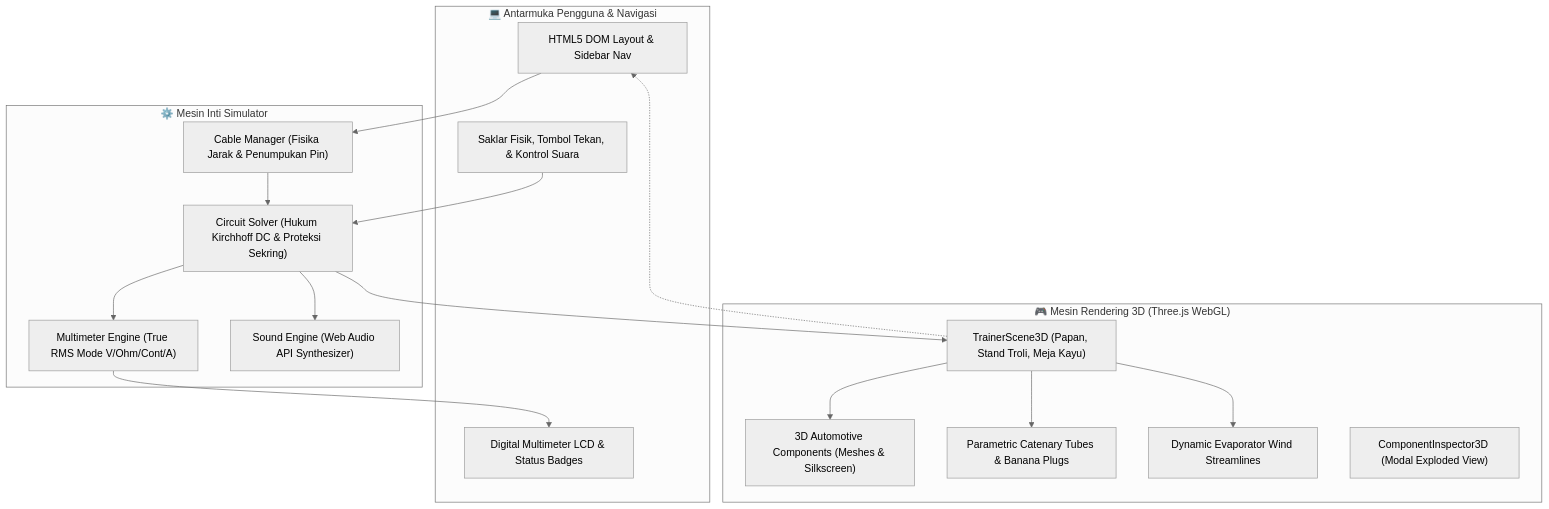
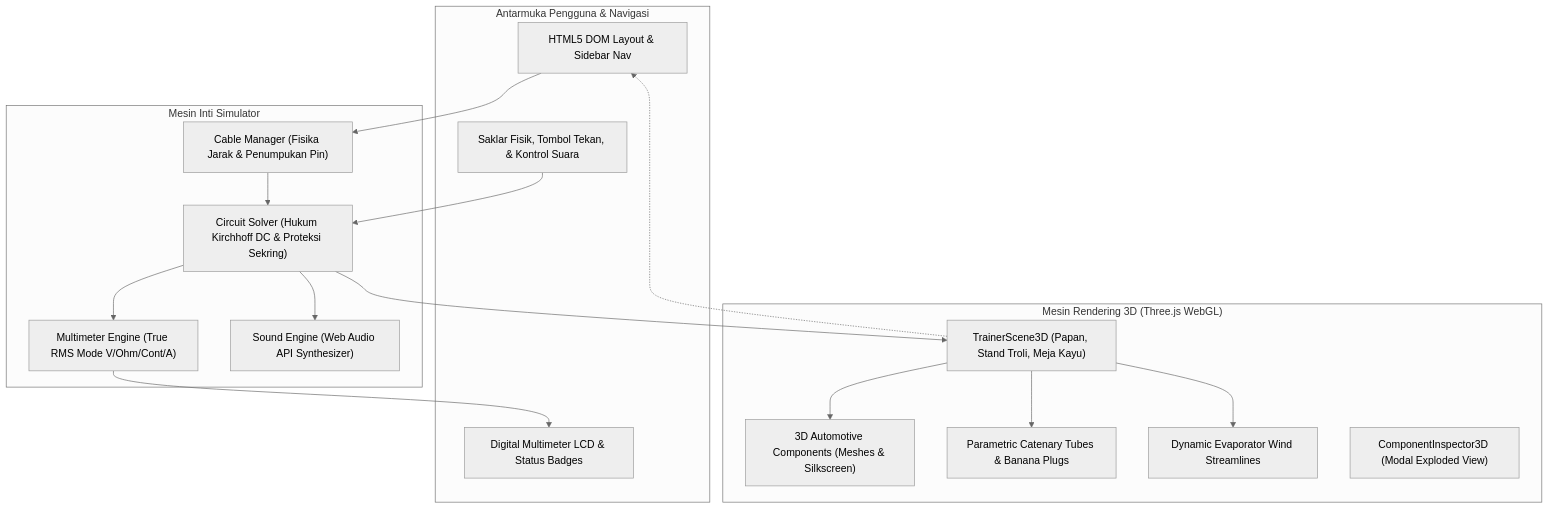
The diagram in README.md (maulana-mash/Wiroto-Labs), drawn with Mermaid (neutral theme) before and after one commit. The commit also changed other lines of this file, not shown here.

````diff
--- a/README.md
+++ b/README.md
@@ -78,35 +78,35 @@
 ```mermaid
 graph TD
-    subgraph UI ["💻 Antarmuka Pengguna & Navigasi"]
+    subgraph UI ["Antarmuka Pengguna & Navigasi"]
         DOM["HTML5 DOM Layout & Sidebar Nav"]
         HUD["Digital Multimeter LCD & Status Badges"]
         Ctrl["Saklar Fisik, Tombol Tekan, & Kontrol Suara"]
     end
 
-    subgraph CoreEngine ["⚙️ Mesin Inti Simulator"]
+    subgraph CoreEngine ["Mesin Inti Simulator"]
         CM["Cable Manager (Fisika Jarak & Penumpukan Pin)"]
         CS["Circuit Solver (Hukum Kirchhoff DC & Proteksi Sekring)"]
         ME["Multimeter Engine (True RMS Mode V/Ohm/Cont/A)"]
         SE["Sound Engine (Web Audio API Synthesizer)"]
     end
 
-    subgraph GraphicsEngine ["🎮 Mesin Rendering 3D (Three.js WebGL)"]
+    subgraph GraphicsEngine ["Mesin Rendering 3D (Three.js WebGL)"]
         Scene["TrainerScene3D (Papan, Stand Troli, Meja Kayu)"]
         Parts["3D Automotive Components (Meshes & Silkscreen)"]
         Wires["Parametric Catenary Tubes & Banana Plugs"]
         AirLines["Dynamic Evaporator Wind Streamlines"]
         Inspector["ComponentInspector3D (Modal Exploded View)"]
     end
 
     DOM --> CM
     Ctrl --> CS
     CM --> CS
     CS --> ME
     CS --> SE
     CS --> Scene
     Scene --> Parts
     Scene --> Wires
     Scene --> AirLines
     ME --> HUD
     Scene -.-> DOM
 ```
````
